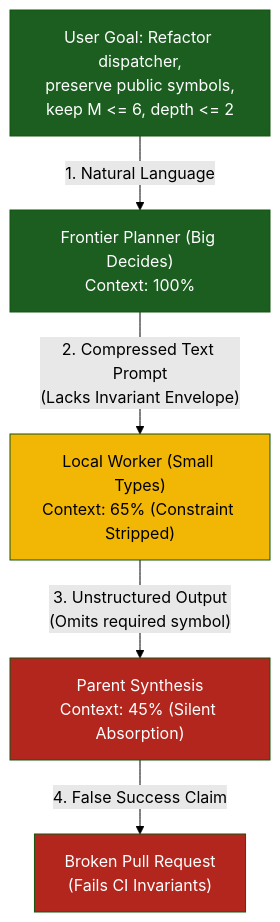
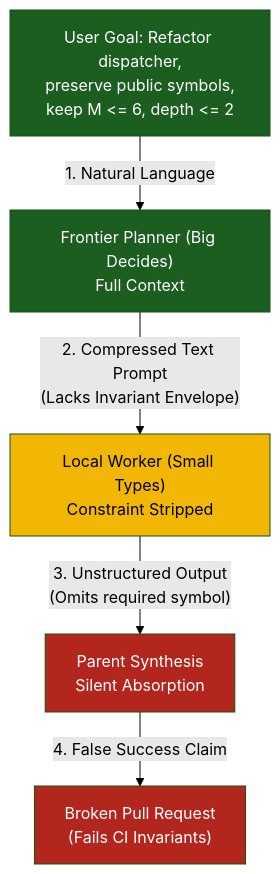
The first of 2 diagrams in observations/systems/21-hierarchical-subagent-slot-offloading-and-epistemic-loss.md (dan-petty/vibes), drawn with Mermaid (forest theme) before and after one commit. The commit also changed other lines of this file and 248 other files, not shown here.

````diff
--- a/observations/systems/21-hierarchical-subagent-slot-offloading-and-epistemic-loss.md
+++ b/observations/systems/21-hierarchical-subagent-slot-offloading-and-epistemic-loss.md
@@ -30,14 +30,14 @@
 ```mermaid
 flowchart TD
     classDef full fill:#1b5e20,color:#fff
     classDef fading fill:#f2b705,color:#000
     classDef lost fill:#b3261e,color:#fff
 
     U["User Goal: Refactor dispatcher,<br/>preserve public symbols,<br/>keep M <= 6, depth <= 2"]:::full
-    U -->|"1. Natural Language"| P["Frontier Planner (Big Decides)<br/>Context: 100%"]:::full
+    U -->|"1. Natural Language"| P["Frontier Planner (Big Decides)<br/>Full Context"]:::full
 
-    P -->|"2. Compressed Text Prompt<br/>(Lacks Invariant Envelope)"| S1["Local Worker (Small Types)<br/>Context: 65% (Constraint Stripped)"]:::fading
-    S1 -->|"3. Unstructured Output<br/>(Omits required symbol)"| Synth["Parent Synthesis<br/>Context: 45% (Silent Absorption)"]:::lost
+    P -->|"2. Compressed Text Prompt<br/>(Lacks Invariant Envelope)"| S1["Local Worker (Small Types)<br/>Constraint Stripped"]:::fading
+    S1 -->|"3. Unstructured Output<br/>(Omits required symbol)"| Synth["Parent Synthesis<br/>Silent Absorption"]:::lost
 
     Synth -->|"4. False Success Claim"| BadPR["Broken Pull Request<br/>(Fails CI Invariants)"]:::lost
 ```
````
